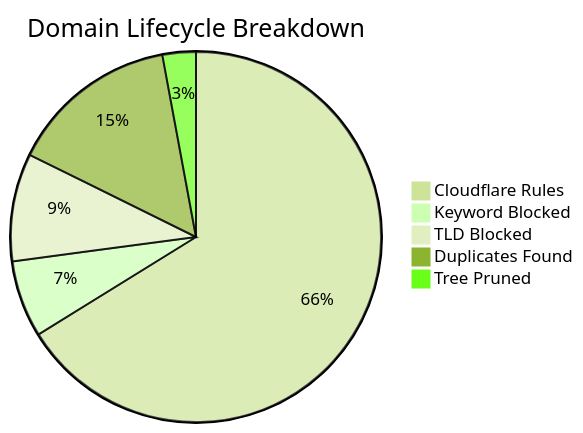
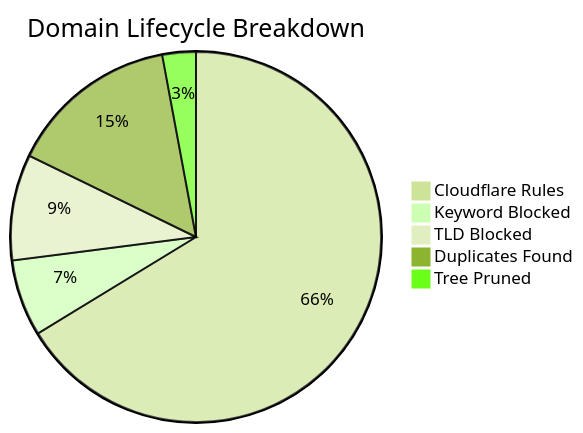
The diagram in README_STATS.md (brojangles24/Cloudflare-ZeroTrust-AdBlock), drawn with Mermaid (forest theme) before and after one commit. The commit also changed other lines of this file and 1 other file, not shown here.

````diff
--- a/README_STATS.md
+++ b/README_STATS.md
@@ -5,8 +5,8 @@
 ```mermaid
 pie title Domain Lifecycle Breakdown
-    "Cloudflare Rules" : 278306
-    "Keyword Blocked" : 28213
-    "TLD Blocked" : 39546
-    "Duplicates Found" : 62182
-    "Tree Pruned" : 12251
+    "Cloudflare Rules" : 278085
+    "Keyword Blocked" : 28091
+    "TLD Blocked" : 38789
+    "Duplicates Found" : 62334
+    "Tree Pruned" : 12272
 ```
````
